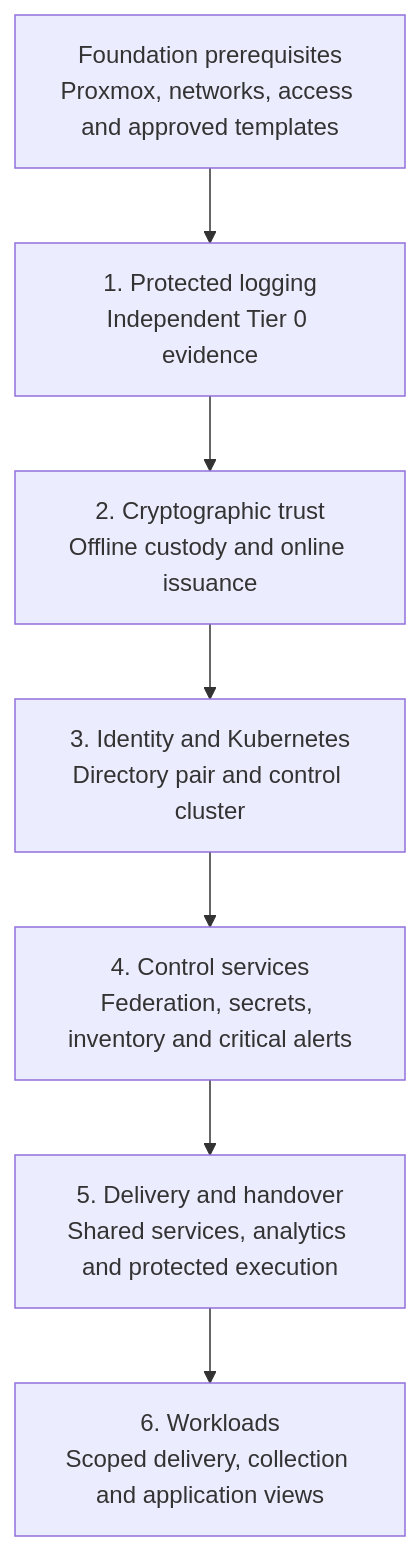
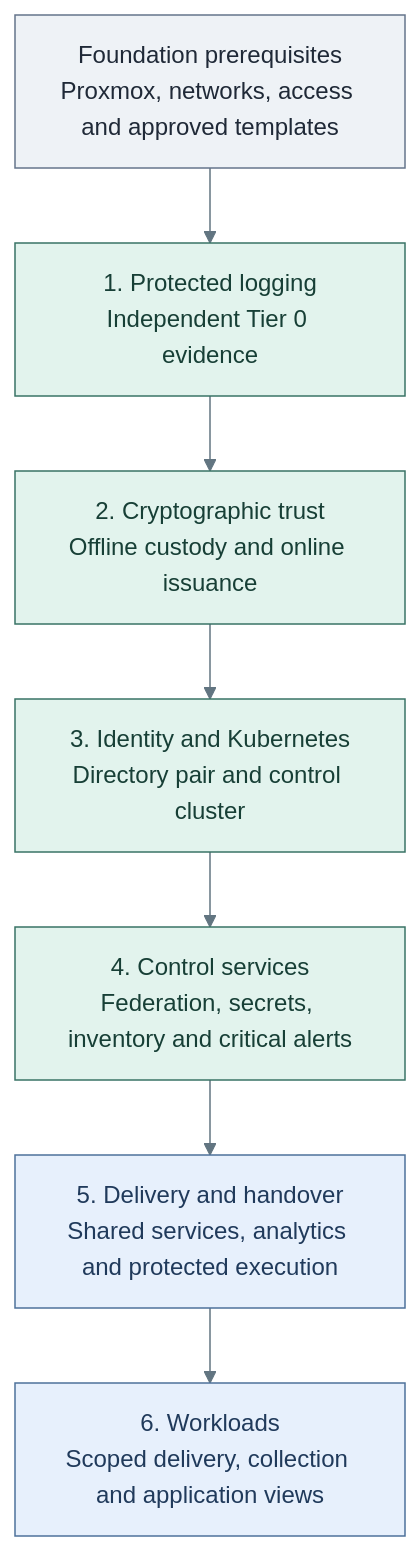
One commit to Rexus/homelab changed the diagram in docs/deployment/README.md. Above: the diagram before and after it, drawn with Mermaid. The commit also changed 49 other files, not shown here.

Commit message:
docs(diagrams): clarify tier layouts and visual styles

````diff
--- a/docs/deployment/README.md
+++ b/docs/deployment/README.md
@@ -27,10 +27,18 @@
 ```mermaid
+%%{init: {"theme":"base","themeVariables":{"lineColor":"#627581","edgeLabelBackground":"#f8fafc"}}}%%
 flowchart TB
   Base["Foundation prerequisites<br/>Proxmox, networks, access and approved templates"]
   Base --> Logs["1. Protected logging<br/>Independent Tier 0 evidence"]
   Logs --> Trust["2. Cryptographic trust<br/>Offline custody and online issuance"]
   Trust --> Runtime["3. Identity and Kubernetes<br/>Directory pair and control cluster"]
   Runtime --> Control["4. Control services<br/>Federation, secrets, inventory and critical alerts"]
   Control --> Delivery["5. Delivery and handover<br/>Shared services, analytics and protected execution"]
   Delivery --> Workloads["6. Workloads<br/>Scoped delivery, collection and application views"]
+  classDef default fill:#f8fafc,stroke:#64748b,color:#1f2937
+  classDef boundary fill:#eef2f6,stroke:#64748b,color:#1f2937
+  classDef control fill:#e2f3ed,stroke:#397366,color:#173f36
+  classDef services fill:#e7f0fc,stroke:#4d719b,color:#203a5b
+  class Base boundary
+  class Logs,Trust,Runtime,Control control
+  class Delivery,Workloads services
 ```
````
